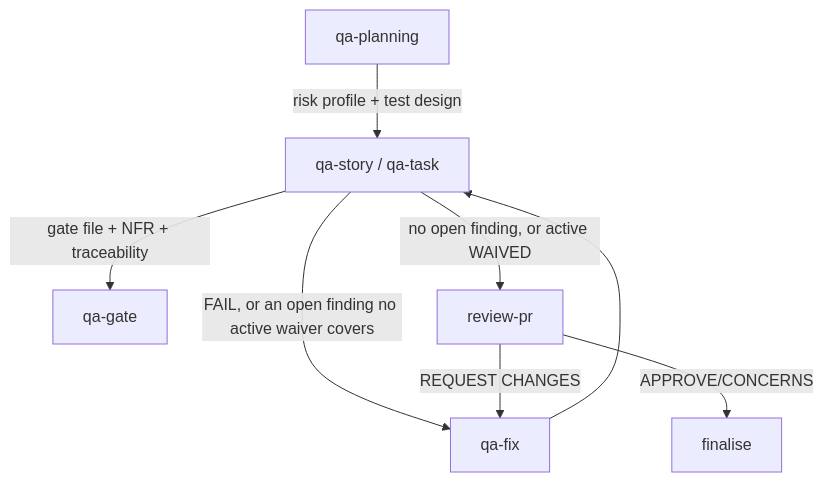
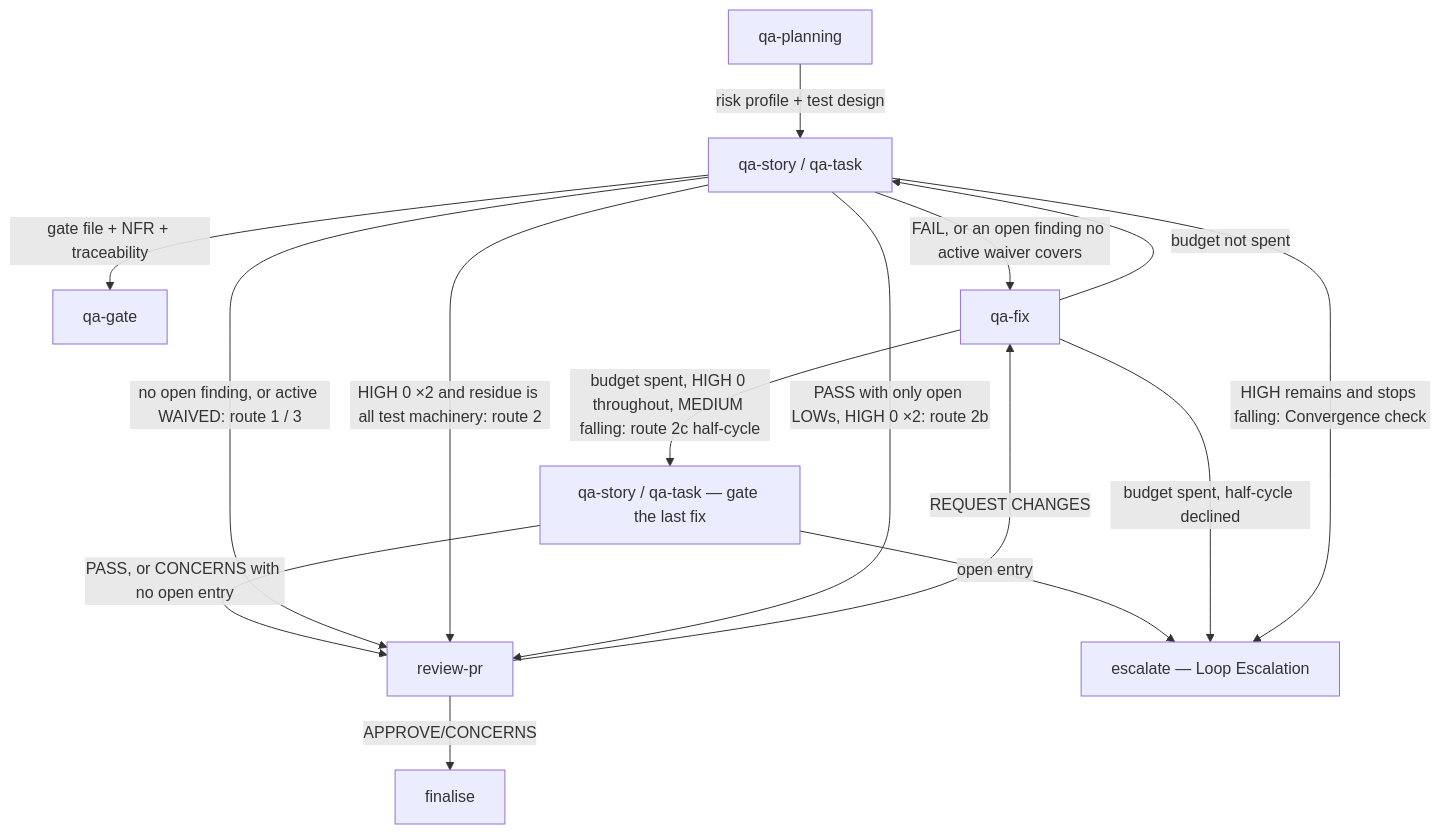
One commit to Gamaroff/agent-skills changed the diagram in docs/runbooks/qa-flow.md. Above: the diagram before and after it, drawn with Mermaid. The commit also changed other lines of this file and 152 other files, not shown here.

````diff
--- a/docs/runbooks/qa-flow.md
+++ b/docs/runbooks/qa-flow.md
@@ -17,10 +17,17 @@
 ```mermaid
 flowchart TD
     A[qa-planning] -->|risk profile + test design| B[qa-story / qa-task]
     B -->|gate file + NFR + traceability| C[qa-gate]
     B -->|FAIL, or an open finding no active waiver covers| D[qa-fix]
-    D --> B
-    B -->|no open finding, or active WAIVED| E[review-pr]
+    D -->|budget not spent| B
+    D -->|budget spent, HIGH 0 throughout, MEDIUM falling: route 2c half-cycle| H[qa-story / qa-task — gate the last fix]
+    H -->|PASS, or CONCERNS with no open entry| E
+    H -->|open entry| G
+    D -->|budget spent, half-cycle declined| G[escalate — Loop Escalation]
+    B -->|HIGH remains and stops falling: Convergence check| G
+    B -->|no open finding, or active WAIVED: route 1 / 3| E[review-pr]
+    B -->|HIGH 0 ×2 and residue is all test machinery: route 2| E
+    B -->|PASS with only open LOWs, HIGH 0 ×2: route 2b| E
     E -->|REQUEST CHANGES| D
     E -->|APPROVE/CONCERNS| F[finalise]
 ```
````
